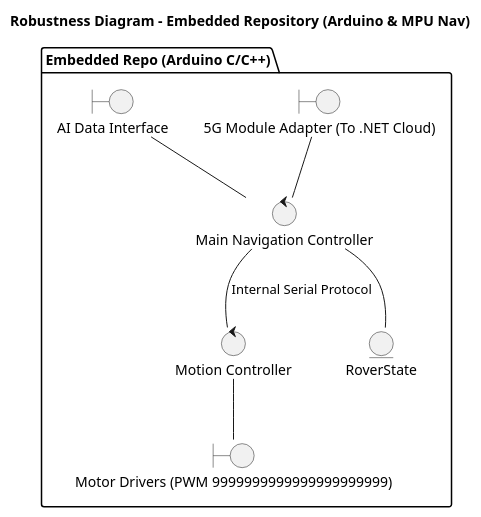
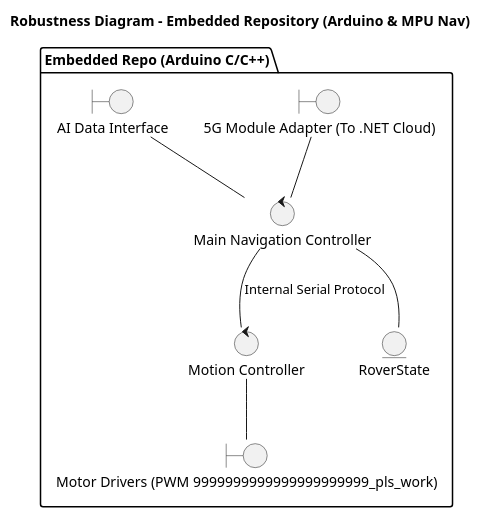
One commit to NOKIA-5G-SOS-Rover/Integrator changed the diagram in docs/architecture/diagrams/structural/embedded_bce.puml. Above: the diagram before and after it, drawn with PlantUML.

Commit message:
test github action try no.2
hai

```diff
--- a/docs/architecture/diagrams/structural/embedded_bce.puml
+++ b/docs/architecture/diagrams/structural/embedded_bce.puml
@@ -1,24 +1,24 @@
 @startuml embedded_bce
 title Robustness Diagram - Embedded Repository (Arduino & MPU Nav)
 
 skinparam backgroundColor white
 skinparam componentStyle uml2
 
 package "Embedded Repo (Arduino C/C++)" {
     boundary "5G Module Adapter (To .NET Cloud)" as 5GBnd
-    boundary "Motor Drivers (PWM 9999999999999999999999)" as MotorBnd
+    boundary "Motor Drivers (PWM 9999999999999999999999_pls_work)" as MotorBnd
     boundary "AI Data Interface" as AIBnd
     
     control "Main Navigation Controller" as NavCtrl
     control "Motion Controller" as MotionCtrl
     
     entity "RoverState" as StateEnt
     
     5GBnd -- NavCtrl
     AIBnd -- NavCtrl
     NavCtrl -- StateEnt
     
     NavCtrl -- MotionCtrl : Internal Serial Protocol
     MotionCtrl -- MotorBnd
 }
 @enduml
```
